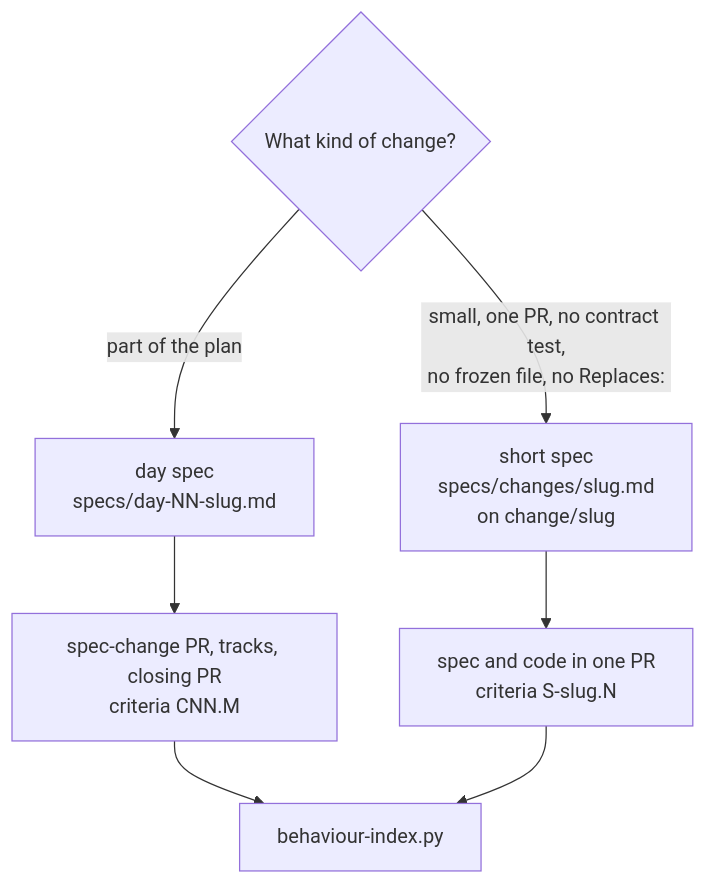
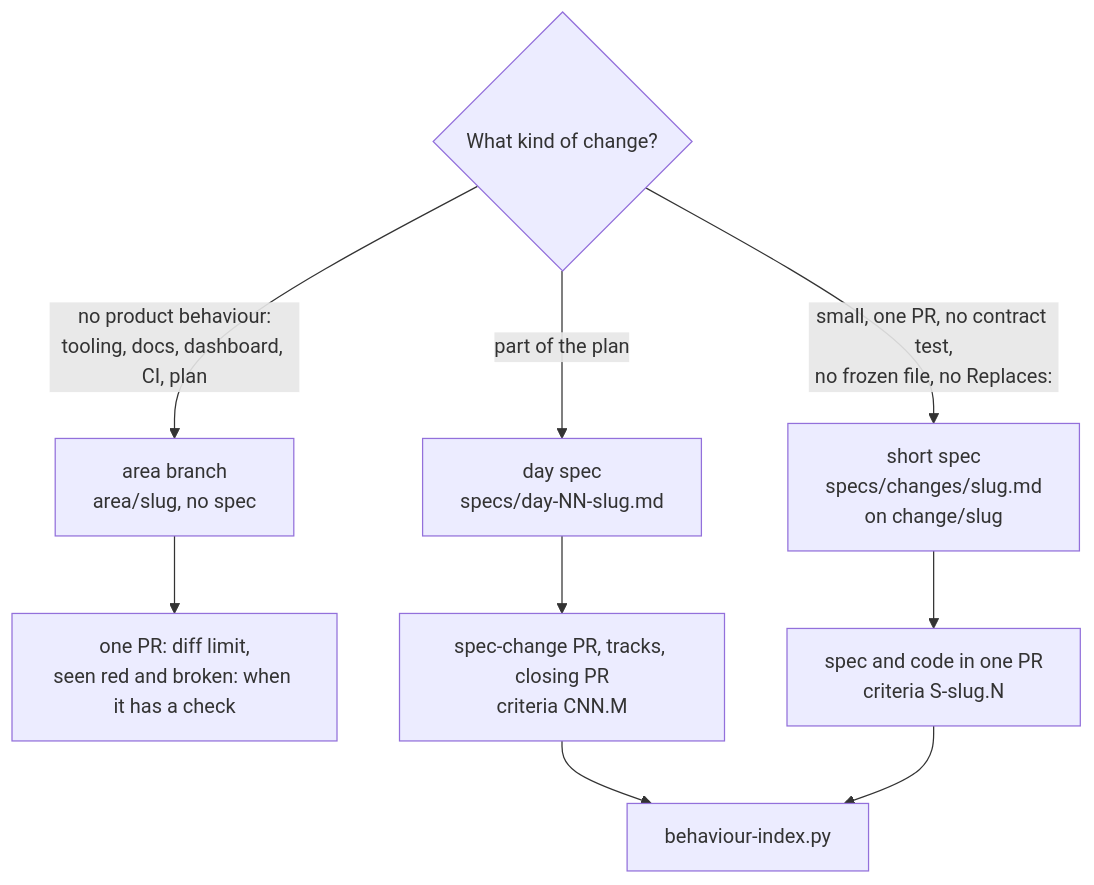
One commit to Yusuprozimemet/agentic-workflow-kit changed diagram 11 of 17 in docs/architecture.md. Above: the diagram before and after it, drawn with Mermaid. The commit also changed other lines of this file and 3 other files, not shown here.

First line of the commit message:
Add the size-of-change ladder: area branch, short spec, day spec

````diff
--- a/docs/architecture.md
+++ b/docs/architecture.md
@@ -263,9 +265,11 @@
 ```mermaid
 flowchart TD
     Q{"What kind of change?"}
+    Q -- "no product behaviour:<br/>tooling, docs, dashboard, CI, plan" --> AREA["area branch<br/>area/slug, no spec"]
     Q -- "part of the plan" --> DAY["day spec<br/>specs/day-NN-slug.md"]
     Q -- "small, one PR, no contract test,<br/>no frozen file, no Replaces:" --> SHORT["short spec<br/>specs/changes/slug.md<br/>on change/slug"]
+    AREA --> ARF["one PR: diff limit,<br/>seen red and broken: when it has a check"]
     DAY --> DAYF["spec-change PR, tracks, closing PR<br/>criteria CNN.M"]
     SHORT --> SHF["spec and code in one PR<br/>criteria S-slug.N"]
     DAYF & SHF --> BI[behaviour-index.py]
 ```
````
